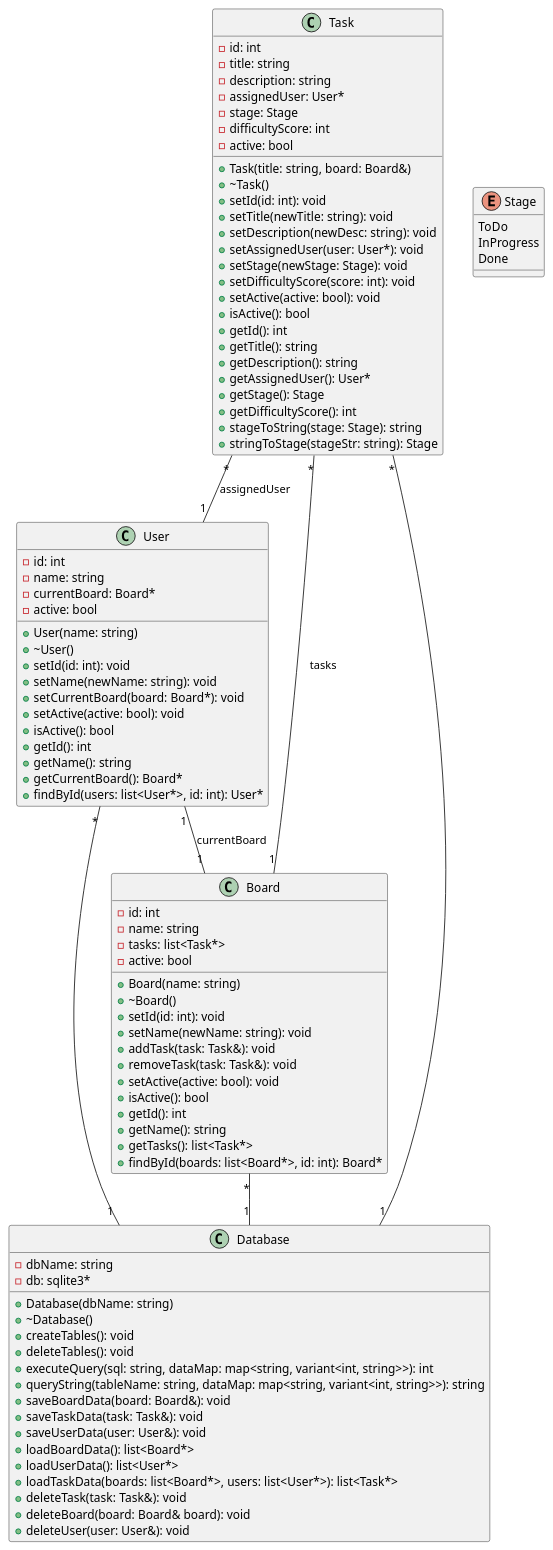
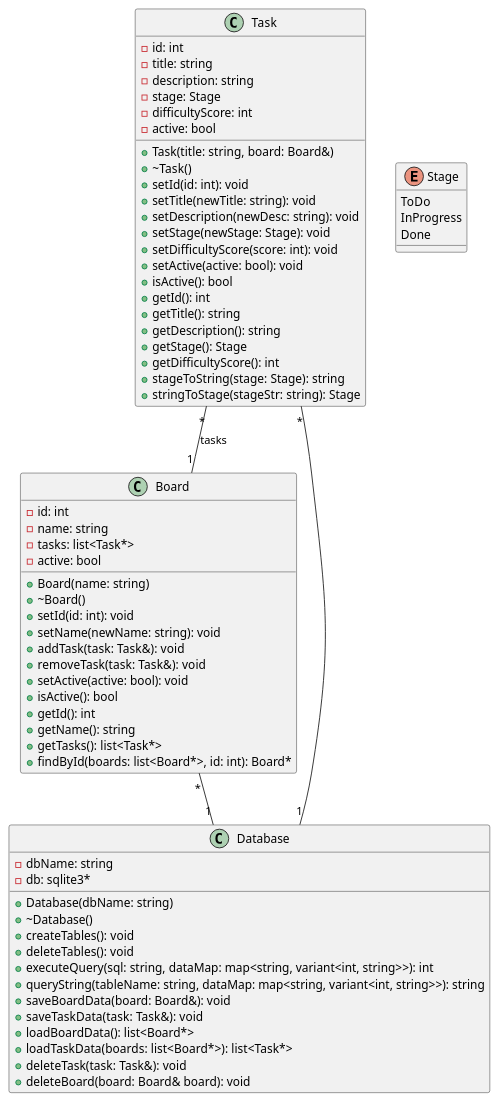
The diagram in diagrams/classUML.puml (travisformayor/cli_kanban), drawn with PlantUML before and after one commit. The commit also changed 12 other files, not shown here.

```diff
--- a/diagrams/classUML.puml
+++ b/diagrams/classUML.puml
@@ -1,101 +1,74 @@
 @startuml classUML
 
-Task "*" -- "1" User : assignedUser
 Task "*" -- "1" Board : tasks
 Task "*" -- "1" Database
 Board "*" -- "1" Database
-User "*" -- "1" Database
-User "1" -- "1" Board : currentBoard
+
+enum Stage {
+  ToDo
+  InProgress
+  Done
+}
 
 class Task {
   -id: int
   -title: string
   -description: string
-  -assignedUser: User*
   -stage: Stage
   -difficultyScore: int
   -active: bool
   +Task(title: string, board: Board&)
   +~Task()
   +setId(id: int): void
   +setTitle(newTitle: string): void
   +setDescription(newDesc: string): void
-  +setAssignedUser(user: User*): void
   +setStage(newStage: Stage): void
   +setDifficultyScore(score: int): void
   +setActive(active: bool): void
   +isActive(): bool
   +getId(): int
   +getTitle(): string
   +getDescription(): string
-  +getAssignedUser(): User*
   +getStage(): Stage
   +getDifficultyScore(): int
   +stageToString(stage: Stage): string
   +stringToStage(stageStr: string): Stage
-}
-
-enum Stage {
-  ToDo
-  InProgress
-  Done
-}
-
-class User {
-  -id: int
-  -name: string
-  -currentBoard: Board*
-  -active: bool
-  +User(name: string)
-  +~User()
-  +setId(id: int): void
-  +setName(newName: string): void
-  +setCurrentBoard(board: Board*): void
-  +setActive(active: bool): void
-  +isActive(): bool
-  +getId(): int
-  +getName(): string
-  +getCurrentBoard(): Board*
-  +findById(users: list<User*>, id: int): User*
 }
 
 class Board {
   -id: int
   -name: string
   -tasks: list<Task*>
   -active: bool
   +Board(name: string)
   +~Board()
   +setId(id: int): void
   +setName(newName: string): void
   +addTask(task: Task&): void
   +removeTask(task: Task&): void
   +setActive(active: bool): void
   +isActive(): bool
   +getId(): int
   +getName(): string
   +getTasks(): list<Task*>
   +findById(boards: list<Board*>, id: int): Board*
 }
 
 class Database {
   -dbName: string
   -db: sqlite3*
   +Database(dbName: string)
   +~Database()
   +createTables(): void
   +deleteTables(): void
   +executeQuery(sql: string, dataMap: map<string, variant<int, string>>): int
   +queryString(tableName: string, dataMap: map<string, variant<int, string>>): string
   +saveBoardData(board: Board&): void
   +saveTaskData(task: Task&): void
-  +saveUserData(user: User&): void
   +loadBoardData(): list<Board*>
-  +loadUserData(): list<User*>
-  +loadTaskData(boards: list<Board*>, users: list<User*>): list<Task*>
+  +loadTaskData(boards: list<Board*>): list<Task*>
   +deleteTask(task: Task&): void
   +deleteBoard(board: Board& board): void
-  +deleteUser(user: User&): void
 }
 
 @enduml
```
